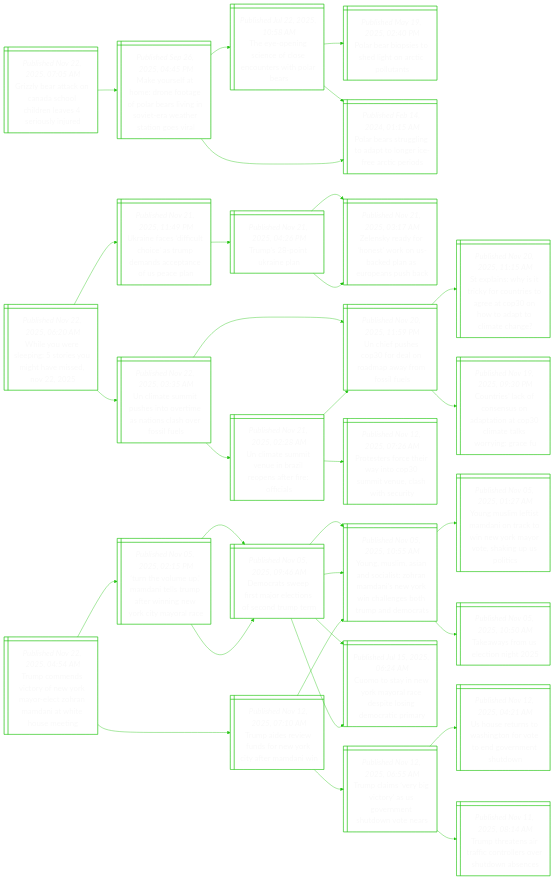
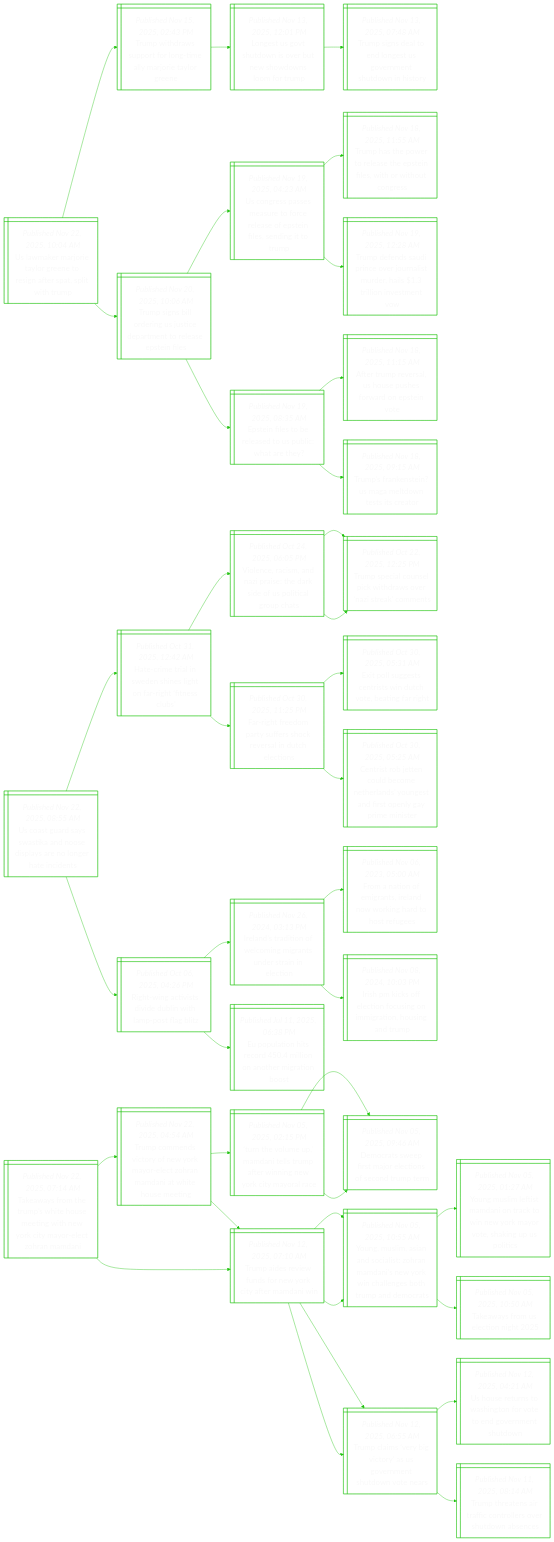
The diagram in README.md (notJmes/notJmes), drawn with Mermaid before and after one commit. The commit also changed other lines of this file, not shown here.

```diff
--- a/README.md
+++ b/README.md
@@ -16,78 +16,96 @@
 flowchart LR
 classDef txtsize font-size:20px;
 
-Glrcasldesund@{ shape: win-pane, label: "_Published Nov 22, 2025, 07:05 AM_
-Grizzly bear attack on canada school children leaves 4 seriously injured" }
-MolooooariSteriea@{ shape: win-pane, label: "_Published Sep 26, 2025, 04:45 PM_
-Make yourself at home: drone footage of polar bears living in soviet-era weather station goes viral" }
-Teiiosorhrs@{ shape: win-pane, label: "_Published Jul 22, 2025, 10:58 AM_
-The eye-opening science of close encounters with polar bears" }
-PbiehgAcus@{ shape: win-pane, label: "_Published May 19, 2025, 02:40 PM_
-Polar bear biopsies to shed light on arctic pollutants" }
-Pbsgtpoietr@{ shape: win-pane, label: "_Published Feb 14, 2024, 01:15 AM_
-Polar bears struggling to adapt to longer ice-free arctic periods" }
-Pbsgtpoietr@{ shape: win-pane, label: "_Published Feb 14, 2024, 01:15 AM_
-Polar bears struggling to adapt to longer ice-free arctic periods" }
+UmMryrtitaihp@{ shape: win-pane, label: "_Published Nov 22, 2025, 10:04 AM_
+Us lawmaker marjorie taylor greene to resign after spat, split with trump" }
+TwrutomyoaGe@{ shape: win-pane, label: "_Published Nov 15, 2025, 02:43 PM_
+Trump withdraws support for long-time ally marjorie taylor greene" }
+Lsounenonmr@{ shape: win-pane, label: "_Published Nov 13, 2025, 12:01 PM_
+Longest us govt shutdown is over but new showdowns loom for trump" }
+Tsdootveuns@{ shape: win-pane, label: "_Published Nov 13, 2025, 07:48 AM_
+Trump signs deal to end longest us government shutdown in history" }
+TsBrnuertlEie@{ shape: win-pane, label: "_Published Nov 20, 2025, 10:06 AM_
+Trump signs bill ordering us justice department to release epstein files" }
+Ugpsufrspnsitm@{ shape: win-pane, label: "_Published Nov 19, 2025, 04:23 AM_
+Us congress passes measure to force release of epstein files, sending it to trump" }
+Therltsfwrons@{ shape: win-pane, label: "_Published Nov 18, 2025, 11:55 AM_
+Trump has the power to release the epstein files, with or without congress" }
+Tdddnersdiinst@{ shape: win-pane, label: "_Published Nov 19, 2025, 12:28 AM_
+Trump defends saudi prince over journalist murder, hails $1.3 trillion investment vow" }
+Eieeaobhe@{ shape: win-pane, label: "_Published Nov 19, 2025, 08:35 AM_
+Epstein files to be released to us public: what are they?" }
+ATrsHpsaEie@{ shape: win-pane, label: "_Published Nov 18, 2025, 11:15 AM_
+After trump reversal, us house pushes forward on epstein vote" }
+TskeMewtco@{ shape: win-pane, label: "_Published Nov 18, 2025, 09:15 AM_
+Trump’s frankenstein? us maga meltdown tests its creator" }
 
-Glrcasldesund:::txtsize --> MolooooariSteriea:::txtsize
-MolooooariSteriea:::txtsize --> Teiiosorhrs:::txtsize
-Teiiosorhrs:::txtsize --> PbiehgAcus:::txtsize
-Teiiosorhrs:::txtsize --> Pbsgtpoietr:::txtsize
-MolooooariSteriea:::txtsize --> Pbsgtpoietr:::txtsize
+UmMryrtitaihp:::txtsize --> TwrutomyoaGe:::txtsize
+TwrutomyoaGe:::txtsize --> Lsounenonmr:::txtsize
+Lsounenonmr:::txtsize --> Tsdootveuns:::txtsize
+UmMryrtitaihp:::txtsize --> TsBrnuertlEie:::txtsize
+TsBrnuertlEie:::txtsize --> Ugpsufrspnsitm:::txtsize
+Ugpsufrspnsitm:::txtsize --> Therltsfwrons:::txtsize
+Ugpsufrspnsitm:::txtsize --> Tdddnersdiinst:::txtsize
+TsBrnuertlEie:::txtsize --> Eieeaobhe:::txtsize
+Eieeaobhe:::txtsize --> ATrsHpsaEie:::txtsize
+Eieeaobhe:::txtsize --> TskeMewtco:::txtsize
 
-WYresemhiN@{ shape: win-pane, label: "_Published Nov 22, 2025, 06:20 AM_
-While you were sleeping: 5 stories you might have missed, nov 22, 2025" }
-Uneftcrespepp@{ shape: win-pane, label: "_Published Nov 21, 2025, 11:49 PM_
-Ukraine faces ‘difficult choice’ as trump demands acceptance of us peace plan" }
-Tstia@{ shape: win-pane, label: "_Published Nov 21, 2025, 04:26 PM_
-Trump’s 28-point ukraine plan" }
-Zsarskbdaosb@{ shape: win-pane, label: "_Published Nov 21, 2025, 03:17 AM_
-Zelensky ready for ‘honest’ work on us-backed plan as europeans push back" }
-Zsarskbdaosb@{ shape: win-pane, label: "_Published Nov 21, 2025, 03:17 AM_
-Zelensky ready for ‘honest’ work on us-backed plan as europeans push back" }
-Umupsoinnsril@{ shape: win-pane, label: "_Published Nov 22, 2025, 03:35 AM_
-Un climate summit pushes into overtime as nations clash over fossil fuels" }
-UehPerayfls@{ shape: win-pane, label: "_Published Nov 20, 2025, 11:59 PM_
-Un chief pushes cop30 for deal on roadmap away from fossil fuels" }
-SlWicrtteOodoaa@{ shape: win-pane, label: "_Published Nov 20, 2025, 11:15 AM_
-St explains: why is it tricky for countries to agree at cop30 on how to adapt to climate change?" }
-CracnntnPalrge@{ shape: win-pane, label: "_Published Nov 19, 2025, 09:30 PM_
-Countries’ lack of consensus on adaptation at cop30 climate talks worrying: grace fu" }
-Umuvizoaffa@{ shape: win-pane, label: "_Published Nov 21, 2025, 02:28 AM_
-Un climate summit venue in brazil reopens after fire: officials" }
-Psftwtstehsi@{ shape: win-pane, label: "_Published Nov 12, 2025, 07:26 AM_
-Protesters force their way into cop30 summit venue, clash with security" }
-UehPerayfls@{ shape: win-pane, label: "_Published Nov 20, 2025, 11:59 PM_
-Un chief pushes cop30 for deal on roadmap away from fossil fuels" }
+Usrstnspalrie@{ shape: win-pane, label: "_Published Nov 22, 2025, 08:55 AM_
+Us coast guard says swastika and noose displays are no longer hate incidents" }
+Hrrnengfgtc@{ shape: win-pane, label: "_Published Oct 31, 2025, 12:42 AM_
+Hate-crime trial in sweden shines light on far-right ‘fitness clubs’" }
+VncnisdiUilps@{ shape: win-pane, label: "_Published Oct 24, 2025, 06:05 PM_
+Violence, racism, and nazi praise: the dark side of us political group chats" }
+Tsanitwrske@{ shape: win-pane, label: "_Published Oct 22, 2025, 12:25 PM_
+Trump special counsel pick withdraws over ‘nazi streak’ comments" }
+Tsanitwrske@{ shape: win-pane, label: "_Published Oct 22, 2025, 12:25 PM_
+Trump special counsel pick withdraws over ‘nazi streak’ comments" }
+FgePsrceiccs@{ shape: win-pane, label: "_Published Oct 30, 2025, 11:25 PM_
+Far-right freedom party suffers shock reversal in dutch elections" }
+Eogsrwtttah@{ shape: win-pane, label: "_Published Oct 30, 2025, 05:31 AM_
+Exit poll suggests centrists win dutch vote, beating far right" }
+Cibelotaosfoyrie@{ shape: win-pane, label: "_Published Oct 30, 2025, 05:25 AM_
+Centrist rob jetten could become netherlands’ youngest and first openly gay prime minister" }
+Rwcsvuwasgz@{ shape: win-pane, label: "_Published Oct 06, 2025, 04:26 PM_
+Right-wing activists divide dublin with lamp-post flag blitz" }
+Inaoeigsrilo@{ shape: win-pane, label: "_Published Nov 26, 2024, 03:13 PM_
+Ireland’s tradition of welcoming migrants under strain in election" }
+Fnnitlokahee@{ shape: win-pane, label: "_Published Nov 06, 2023, 05:00 AM_
+From a nation of emigrants, ireland now working hard to host refugees" }
+IPkeicgmtogr@{ shape: win-pane, label: "_Published Nov 08, 2024, 10:03 PM_
+Irish pm kicks off election focusing on immigration, housing and trump" }
+Euosrlnhgos@{ shape: win-pane, label: "_Published Jul 11, 2025, 06:38 PM_
+Eu population hits record 450.4 million on another migration boost" }
 
-WYresemhiN:::txtsize --> Uneftcrespepp:::txtsize
-Uneftcrespepp:::txtsize --> Tstia:::txtsize
-Tstia:::txtsize --> Zsarskbdaosb:::txtsize
-Tstia:::txtsize --> Zsarskbdaosb:::txtsize
-WYresemhiN:::txtsize --> Umupsoinnsril:::txtsize
-Umupsoinnsril:::txtsize --> UehPerayfls:::txtsize
-UehPerayfls:::txtsize --> SlWicrtteOodoaa:::txtsize
-UehPerayfls:::txtsize --> CracnntnPalrge:::txtsize
-Umupsoinnsril:::txtsize --> Umuvizoaffa:::txtsize
-Umuvizoaffa:::txtsize --> Psftwtstehsi:::txtsize
-Umuvizoaffa:::txtsize --> UehPerayfls:::txtsize
+Usrstnspalrie:::txtsize --> Hrrnengfgtc:::txtsize
+Hrrnengfgtc:::txtsize --> VncnisdiUilps:::txtsize
+VncnisdiUilps:::txtsize --> Tsanitwrske:::txtsize
+VncnisdiUilps:::txtsize --> Tsanitwrske:::txtsize
+Hrrnengfgtc:::txtsize --> FgePsrceiccs:::txtsize
+FgePsrceiccs:::txtsize --> Eogsrwtttah:::txtsize
+FgePsrceiccs:::txtsize --> Cibelotaosfoyrie:::txtsize
+Usrstnspalrie:::txtsize --> Rwcsvuwasgz:::txtsize
+Rwcsvuwasgz:::txtsize --> Inaoeigsrilo:::txtsize
+Inaoeigsrilo:::txtsize --> Fnnitlokahee:::txtsize
+Inaoeigsrilo:::txtsize --> IPkeicgmtogr:::txtsize
+Rwcsvuwasgz:::txtsize --> Euosrlnhgos:::txtsize
 
+TwreptstiwCaloMn@{ shape: win-pane, label: "_Published Nov 22, 2025, 07:14 AM_
+Takeaways from the trump’s white house meeting with new york city mayor-elect zohran mamdani" }
 TcncoYaloMnhoeg@{ shape: win-pane, label: "_Published Nov 22, 2025, 04:54 AM_
 Trump commends victory of new york mayor-elect zohran mamdani at white house meeting" }
 ThuMnlmenekmae@{ shape: win-pane, label: "_Published Nov 05, 2025, 02:15 PM_
 ‘turn the volume up,’ mamdani tells trump after winning new york city mayoral race" }
 Drwialosdp@{ shape: win-pane, label: "_Published Nov 05, 2025, 09:46 AM_
 Democrats sweep first major elections of second trump term" }
+Drwialosdp@{ shape: win-pane, label: "_Published Nov 05, 2025, 09:46 AM_
+Democrats sweep first major elections of second trump term" }
+TarwsekaMn@{ shape: win-pane, label: "_Published Nov 12, 2025, 07:10 AM_
+Trump aides review funds for new york city after mamdani win" }
 YMmnoihaiYilehpea@{ shape: win-pane, label: "_Published Nov 05, 2025, 10:55 AM_
 Young, muslim, asian and socialist: zohran mamdani’s new york win challenges both trump and democrats" }
-Ctywmaeiseary@{ shape: win-pane, label: "_Published Jul 15, 2025, 06:24 AM_
-Cuomo to stay in new york mayoral race despite losing democratic primary" }
-Drwialosdp@{ shape: win-pane, label: "_Published Nov 05, 2025, 09:46 AM_
-Democrats sweep first major elections of second trump term" }
-YMmnoihaiYilehpea@{ shape: win-pane, label: "_Published Nov 05, 2025, 10:55 AM_
-Young, muslim, asian and socialist: zohran mamdani’s new york win challenges both trump and democrats" }
-Ctywmaeiseary@{ shape: win-pane, label: "_Published Jul 15, 2025, 06:24 AM_
-Cuomo to stay in new york mayoral race despite losing democratic primary" }
+Tcsbcaomhwes@{ shape: win-pane, label: "_Published Nov 12, 2025, 06:55 AM_
+Trump claims ‘very big victory’ as us government shutdown vote nears" }
 TarwsekaMn@{ shape: win-pane, label: "_Published Nov 12, 2025, 07:10 AM_
 Trump aides review funds for new york city after mamdani win" }
 YMmnoihaiYilehpea@{ shape: win-pane, label: "_Published Nov 05, 2025, 10:55 AM_
@@ -103,14 +121,14 @@
 Tttifolohwe@{ shape: win-pane, label: "_Published Nov 11, 2025, 08:14 AM_
 Trump threatens air traffic controllers over shutdown absences" }
 
+TwreptstiwCaloMn:::txtsize --> TcncoYaloMnhoeg:::txtsize
 TcncoYaloMnhoeg:::txtsize --> ThuMnlmenekmae:::txtsize
 ThuMnlmenekmae:::txtsize --> Drwialosdp:::txtsize
-Drwialosdp:::txtsize --> YMmnoihaiYilehpea:::txtsize
-Drwialosdp:::txtsize --> Ctywmaeiseary:::txtsize
 ThuMnlmenekmae:::txtsize --> Drwialosdp:::txtsize
-Drwialosdp:::txtsize --> YMmnoihaiYilehpea:::txtsize
-Drwialosdp:::txtsize --> Ctywmaeiseary:::txtsize
 TcncoYaloMnhoeg:::txtsize --> TarwsekaMn:::txtsize
+TarwsekaMn:::txtsize --> YMmnoihaiYilehpea:::txtsize
+TarwsekaMn:::txtsize --> Tcsbcaomhwes:::txtsize
+TwreptstiwCaloMn:::txtsize --> TarwsekaMn:::txtsize
 TarwsekaMn:::txtsize --> YMmnoihaiYilehpea:::txtsize
 YMmnoihaiYilehpea:::txtsize --> YMmimociYaoauoc:::txtsize
 YMmnoihaiYilehpea:::txtsize --> Twreig:::txtsize
```
